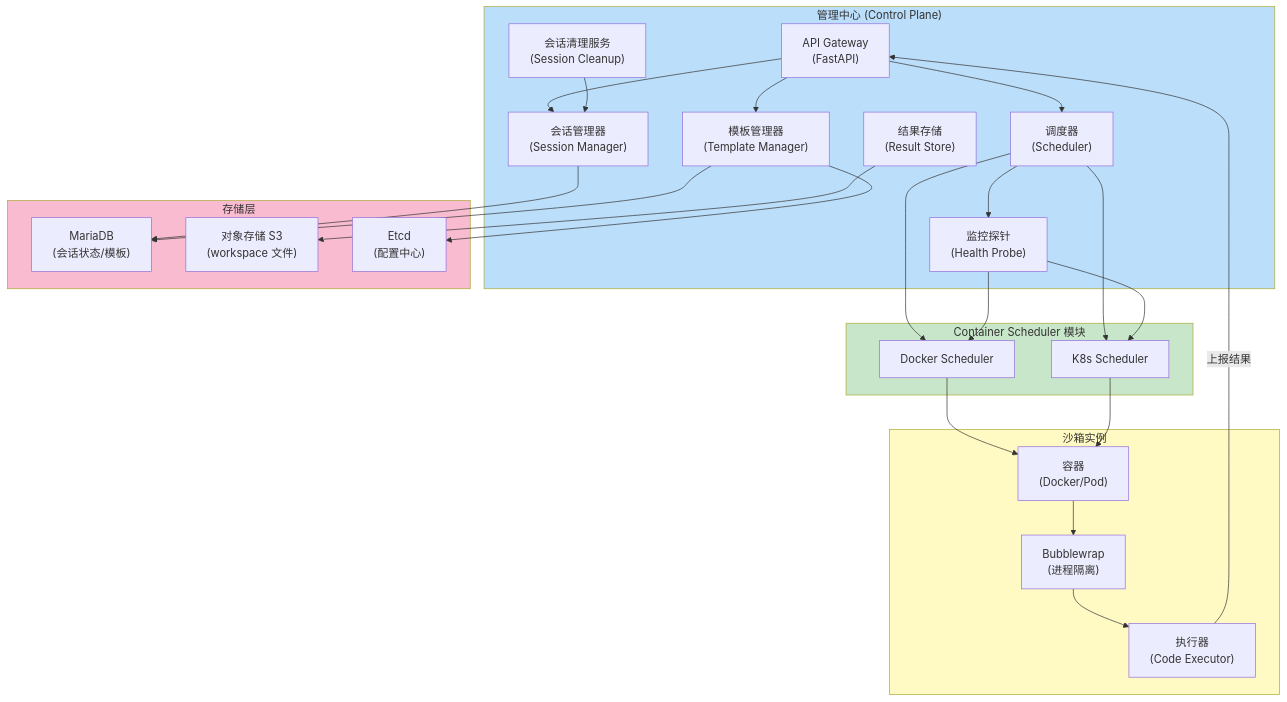
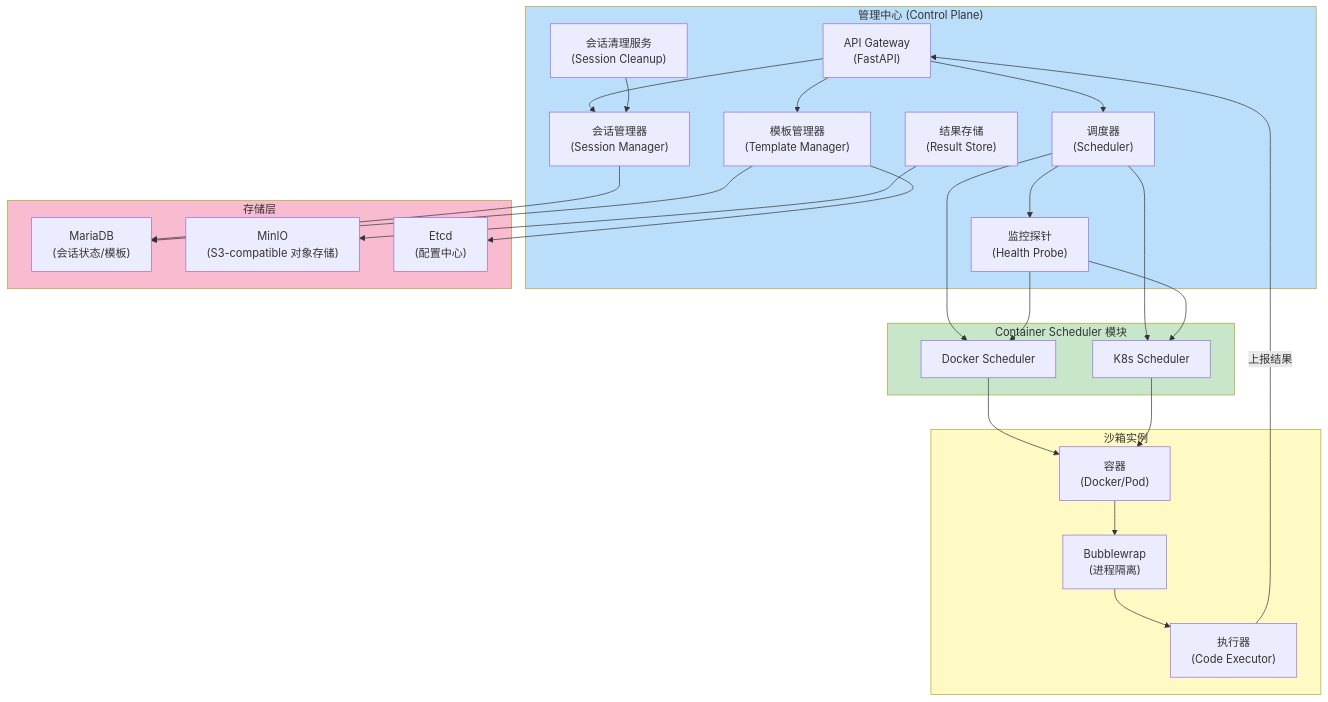
The second of 3 diagrams in docs/sandbox/01-architecture.md (kweaver-ai/sandbox), drawn with Mermaid before and after one commit. The commit also changed other lines of this file and 17 other files, not shown here.

````diff
--- a/docs/sandbox/01-architecture.md
+++ b/docs/sandbox/01-architecture.md
@@ -53,55 +53,55 @@
 ```mermaid
 graph TB
     subgraph ControlPlane["管理中心 (Control Plane)"]
         API["API Gateway<br/>(FastAPI)"]
         Scheduler["调度器<br/>(Scheduler)"]
         SessionMgr["会话管理器<br/>(Session Manager)"]
         TemplateMgr["模板管理器<br/>(Template Manager)"]
         Monitor["监控探针<br/>(Health Probe)"]
         ResultStore["结果存储<br/>(Result Store)"]
         SessionCleanup["会话清理服务<br/>(Session Cleanup)"]
     end
 
     subgraph ContainerScheduler["Container Scheduler 模块"]
         DockerRuntime["Docker Scheduler"]
         K8sRuntime["K8s Scheduler"]
     end
 
     subgraph Sandbox["沙箱实例"]
         Container["容器<br/>(Docker/Pod)"]
         BubbleWrap["Bubblewrap<br/>(进程隔离)"]
         Executor["执行器<br/>(Code Executor)"]
     end
 
     subgraph Storage["存储层"]
         MariaDB["MariaDB<br/>(会话状态/模板)"]
-        S3["对象存储 S3<br/>(workspace 文件)"]
+        S3["MinIO<br/>(S3-compatible 对象存储)"]
         Etcd["Etcd<br/>(配置中心)"]
     end
 
     API --> Scheduler
     API --> SessionMgr
     API --> TemplateMgr
     Scheduler --> Monitor
     Scheduler --> DockerRuntime
     Scheduler --> K8sRuntime
     SessionMgr --> MariaDB
     TemplateMgr --> MariaDB
     Monitor --> DockerRuntime
     Monitor --> K8sRuntime
     ResultStore --> S3
     SessionCleanup --> SessionMgr
 
     DockerRuntime --> Container
     K8sRuntime --> Container
     Container --> BubbleWrap
     BubbleWrap --> Executor
     Executor -->|上报结果| API
 
     TemplateMgr --> Etcd
 
     style ControlPlane fill:#bbdefb
     style ContainerScheduler fill:#c8e6c9
     style Sandbox fill:#fff9c4
     style Storage fill:#f8bbd0
 ```
````
